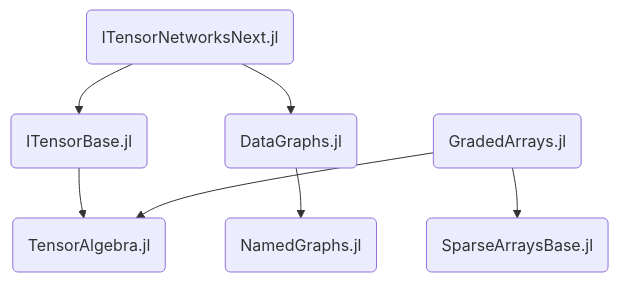
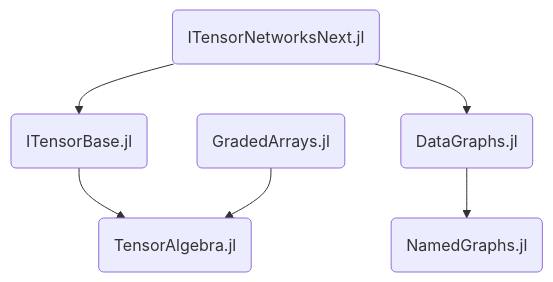
One commit to ITensor/ITensorDocsNext.jl changed the diagram in docs/src/ecosystem_overview.md. Above: the diagram before and after it, drawn with Mermaid. The commit also changed 2 other files, not shown here.

Commit message:
Add ITensorFormatter to developer tools and simplify the ecosystem graph (#57)
## Summary

Adds `ITensorFormatter` to the Developer Tools navigation dropdown
alongside `ITensorPkgSkeleton`. It has a published docs site and is a
tool people use when developing ITensor packages, so it belongs in that
group.

Also drops `SparseArraysBase` from the ecosystem overview graph, since
it's an implementation detail of `GradedArrays` rather than something
most users interact with when using the common features. Removing it
also cleans up the layout: `GradedArrays` now sits directly above
`TensorAlgebra` instead of being pulled to the side, so its edge no
longer crosses the `DataGraphs` to `NamedGraphs` branch.
`SparseArraysBase` stays in the Tensor Libraries dropdown for anyone who
wants to find it.

Follow-up to https://github.com/ITensor/ITensorDocsNext.jl/pull/56.

````diff
--- a/docs/src/ecosystem_overview.md
+++ b/docs/src/ecosystem_overview.md
@@ -3,9 +3,8 @@
 ```mermaid
 graph TD
     ITensorNetworksNext(ITensorNetworksNext.jl) --> ITensorBase(ITensorBase.jl)
     ITensorNetworksNext --> DataGraphs(DataGraphs.jl)
     DataGraphs --> NamedGraphs(NamedGraphs.jl)
     ITensorBase --> TensorAlgebra(TensorAlgebra.jl)
     GradedArrays(GradedArrays.jl) --> TensorAlgebra
-    GradedArrays --> SparseArraysBase(SparseArraysBase.jl)
 ```
````
